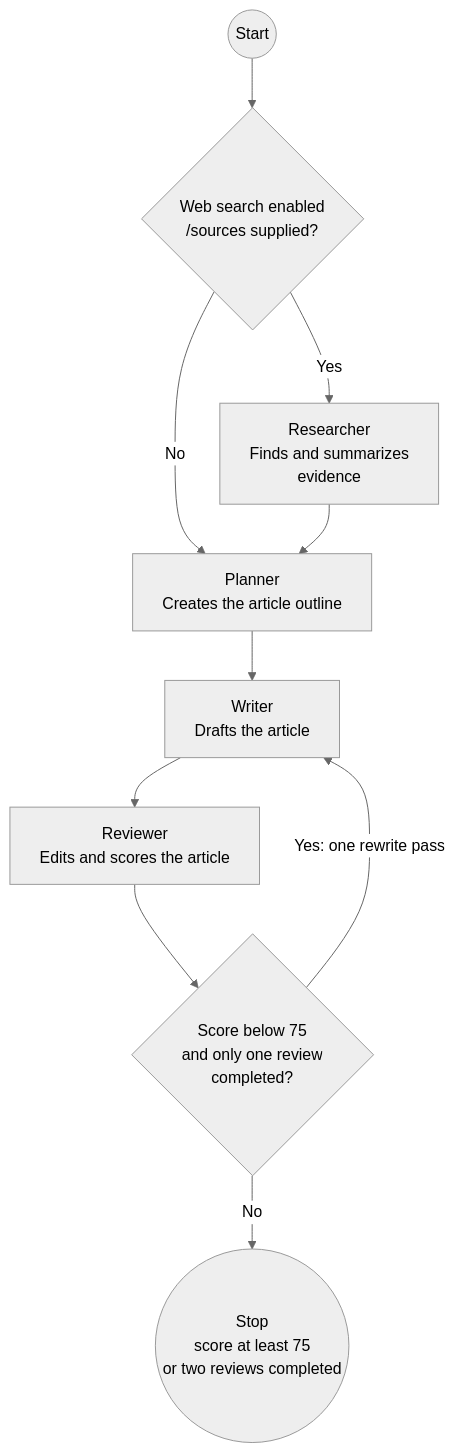
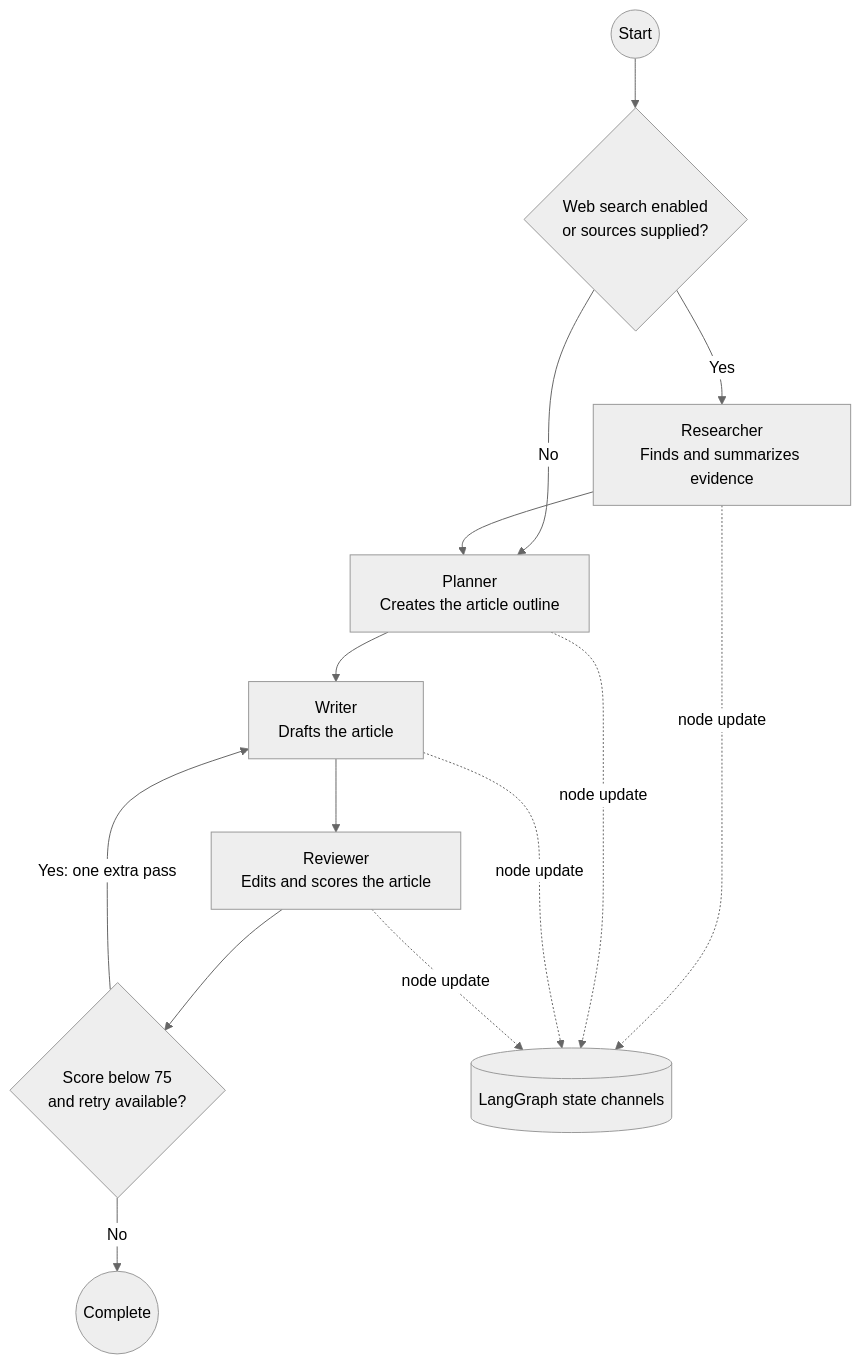
Before and after one commit to appractive/langgraph-multi-agent-post-generator-ts: the diagram in AGENT_PIPELINE.md, drawn with Mermaid (neutral theme). The commit also changed other lines of this file and 8 other files, not shown here.

````diff
--- a/AGENT_PIPELINE.md
+++ b/AGENT_PIPELINE.md
@@ -3,15 +5,16 @@
 ```mermaid
 flowchart TD
-    start((Start)) --> researchCheck{Web search enabled<br/>/sources supplied?}
-    researchCheck -->|Yes| researcher[Researcher<br/>Finds and summarizes
-     evidence]
+    start((Start)) --> researchCheck{Web search enabled<br/>or sources supplied?}
+    researchCheck -->|Yes| researcher[Researcher<br/>Finds and summarizes evidence]
     researchCheck -->|No| planner[Planner<br/>Creates the article outline]
     researcher --> planner
     planner --> writer[Writer<br/>Drafts the article]
     writer --> reviewer[Reviewer<br/>Edits and scores the article]
-    reviewer --> retryCheck{Score below 75<br/>and only one review 
-    completed?}
-    retryCheck -->|Yes: one rewrite pass| writer
-    retryCheck -->|No| finish((Stop<br/>score at least 75 
-    or two reviews completed))
+    reviewer --> retryCheck{Score below 75<br/>and retry available?}
+    retryCheck -->|Yes: one extra pass| writer
+    retryCheck -->|No| finish((Complete))
+    researcher -. node update .-> state[(LangGraph state channels)]
+    planner -. node update .-> state
+    writer -. node update .-> state
+    reviewer -. node update .-> state
 ```
````
